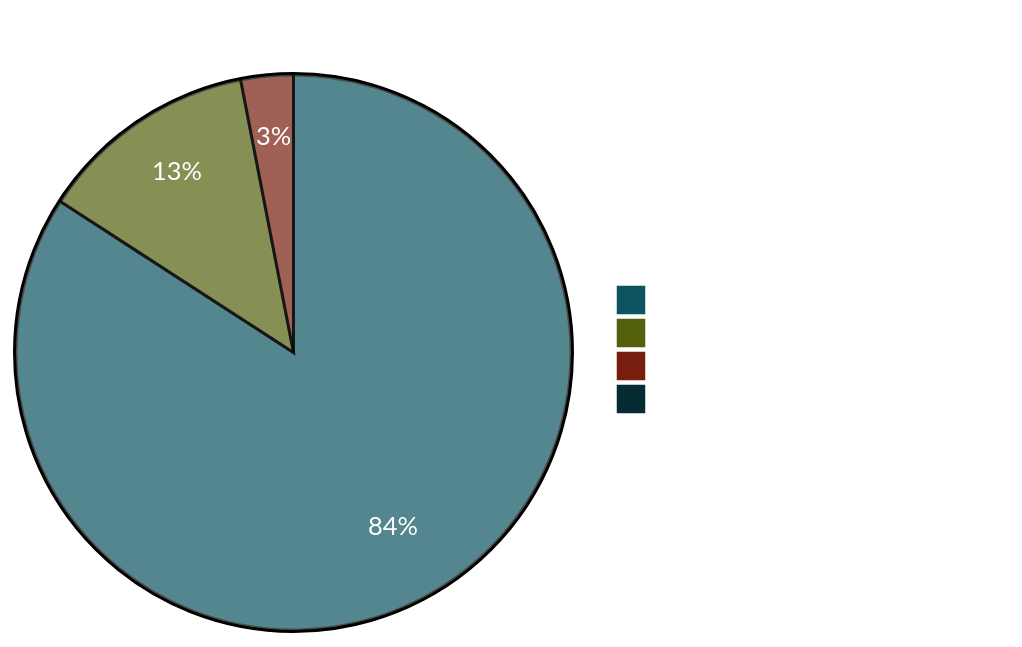
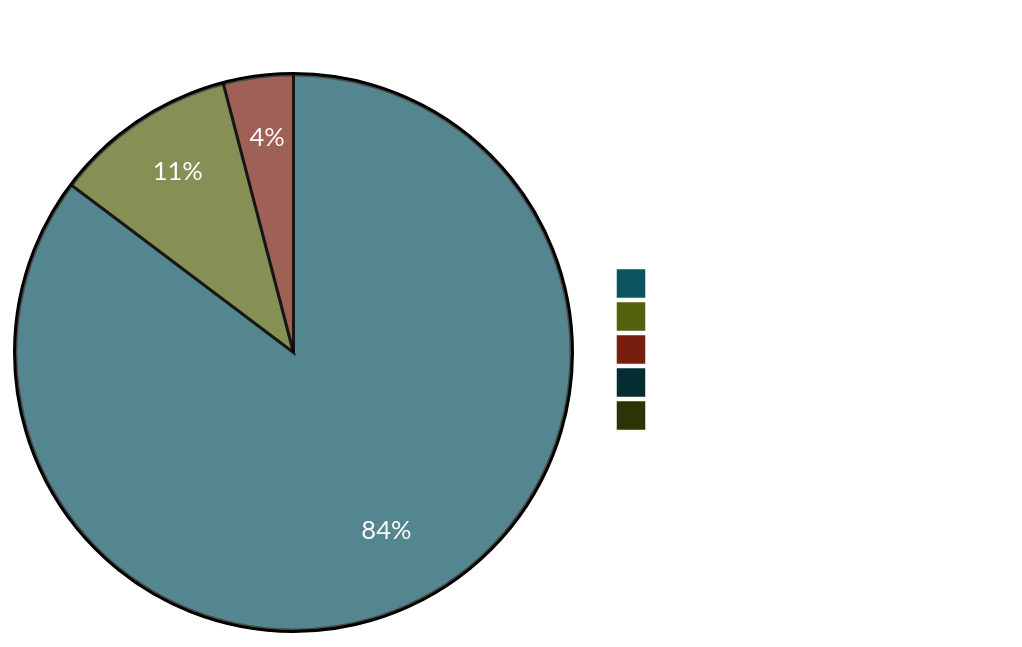
Before and after one commit to libraz/go-oidc-provider-homepage: the diagram in src/compliance/ofcs.md, drawn with Mermaid. The commit also changed other lines of this file and 1 other file, not shown here.

````diff
--- a/src/compliance/ofcs.md
+++ b/src/compliance/ofcs.md
@@ -35,9 +38,10 @@
 ```mermaid
 %%{init: {"theme":"base","themeVariables":{"primaryColor":"#0c5460","primaryTextColor":"#fff","primaryBorderColor":"#0c5460","lineColor":"#888"}}}%%
 pie showData
-  title 164 modules across 3 plans
-  "PASSED" : 138
+  title 199 modules across 4 plans
+  "PASSED" : 168
   "REVIEW (manual gate)" : 21
-  "SKIPPED (refused by design)" : 5
-  "FAILED" : 0
+  "SKIPPED (refused by design)" : 8
+  "WARNING (advisory)" : 1
+  "FAILED" : 1
 ```
````
